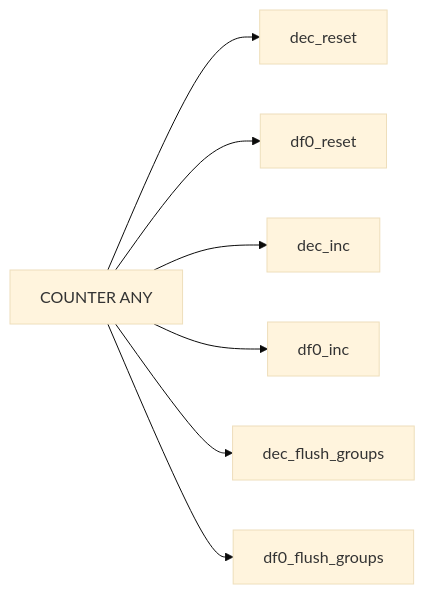
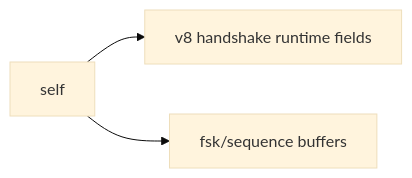
Before and after one commit to cryan209/D-Modem: the second of 3 diagrams in doc/v8_fskdemodulate_state_graph_3plane.md, drawn with Mermaid (base theme). The commit also changed other lines of this file and 239 other files, not shown here.

````diff
--- a/doc/v8_fskdemodulate_state_graph_3plane.md
+++ b/doc/v8_fskdemodulate_state_graph_3plane.md
@@ -31,9 +17,5 @@
-```mermaid
+~~~mermaid
 flowchart LR
-  DANY[COUNTER ANY] --> D0[dec_reset]
-  DANY --> D1[df0_reset]
-  DANY --> D2[dec_inc]
-  DANY --> D3[df0_inc]
-  DANY --> D4[dec_flush_groups]
-  DANY --> D5[df0_flush_groups]
-```
+  P0[self] --> P1[v8 handshake runtime fields]
+  P0 --> P2[fsk/sequence buffers]
+~~~
````
